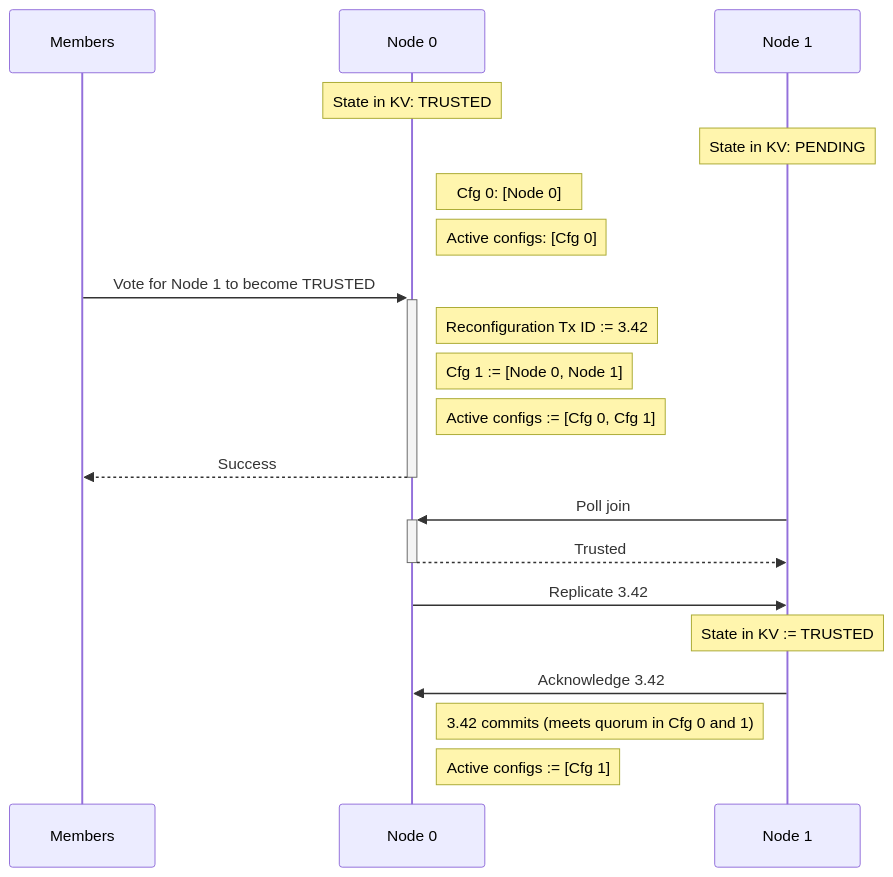
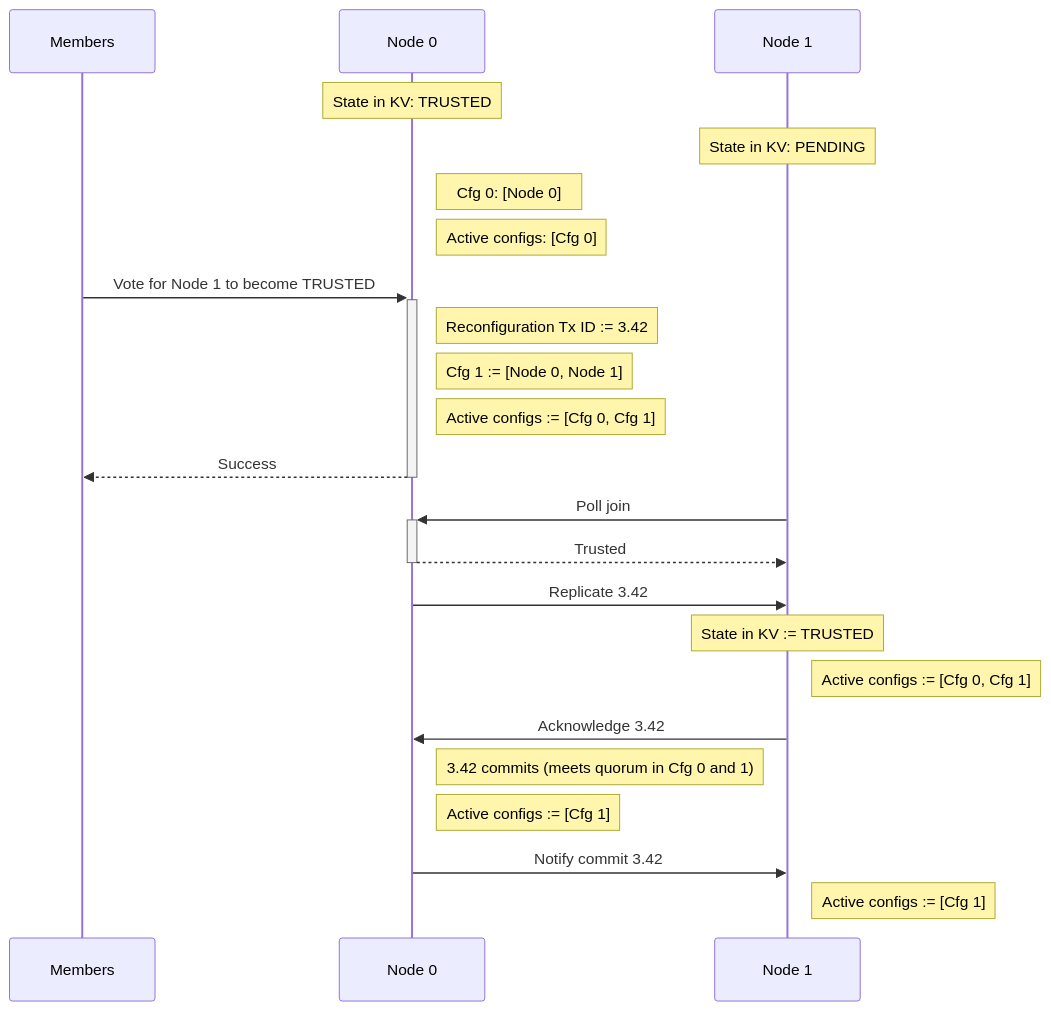
Before and after one commit to microsoft/CCF: the first of 3 diagrams in doc/overview/consensus.rst, drawn with Mermaid. The commit also changed other lines of this file, not shown here.

```diff
--- a/doc/overview/consensus.rst
+++ b/doc/overview/consensus.rst
@@ -54,29 +54,33 @@
 .. mermaid::
 
     sequenceDiagram
         participant Members
         participant Node 0
         participant Node 1
 
         Note over Node 0: State in KV: TRUSTED
         Note over Node 1: State in KV: PENDING
 
         Note right of Node 0: Cfg 0: [Node 0]
         Note right of Node 0: Active configs: [Cfg 0]
 
         Members->>+Node 0: Vote for Node 1 to become TRUSTED
 
         Note right of Node 0: Reconfiguration Tx ID := 3.42
         Note right of Node 0: Cfg 1 := [Node 0, Node 1]
         Note right of Node 0: Active configs := [Cfg 0, Cfg 1]
         Node 0-->>-Members: Success
 
         Node 1->>+Node 0: Poll join
         Node 0-->>-Node 1: Trusted
 
         Node 0->>Node 1: Replicate 3.42
         Note over Node 1: State in KV := TRUSTED
+        Note right of Node 1: Active configs := [Cfg 0, Cfg 1]
         Node 1->>Node 0: Acknowledge 3.42
 
         Note right of Node 0: 3.42 commits (meets quorum in Cfg 0 and 1)
         Note right of Node 0: Active configs := [Cfg 1]
+
+        Node 0->>Node 1: Notify commit 3.42
+        Note right of Node 1: Active configs := [Cfg 1]
```
